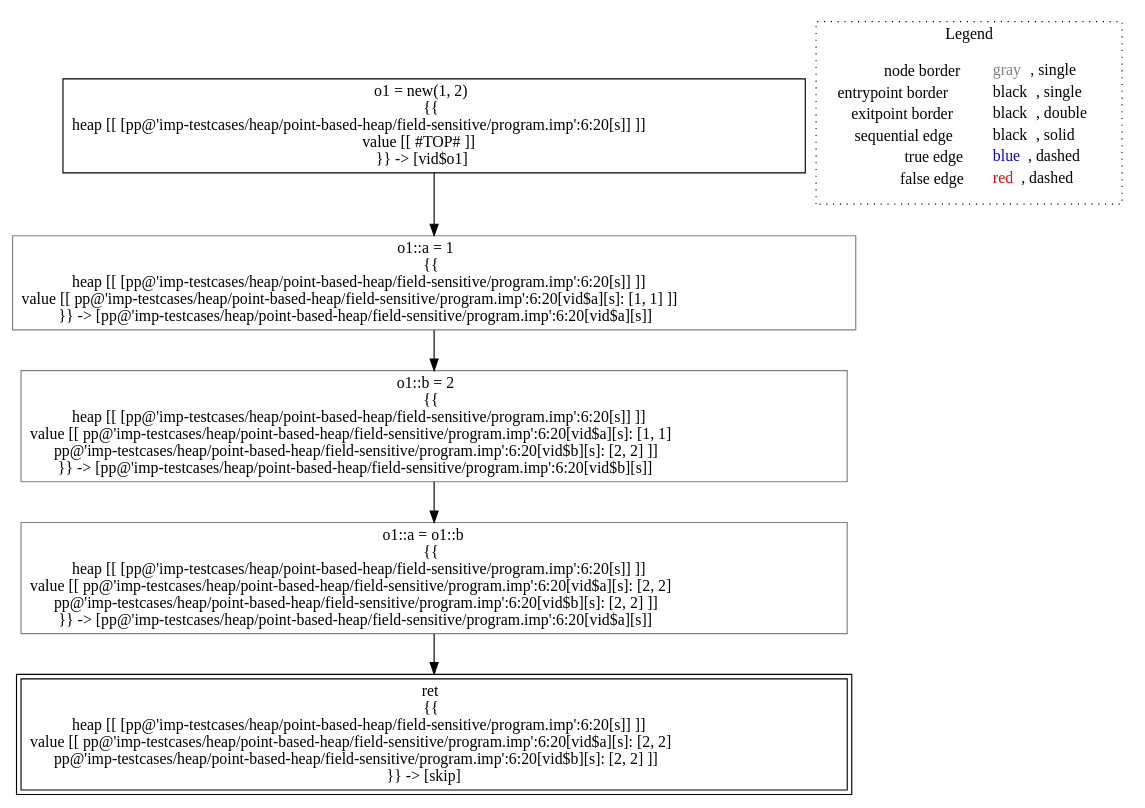
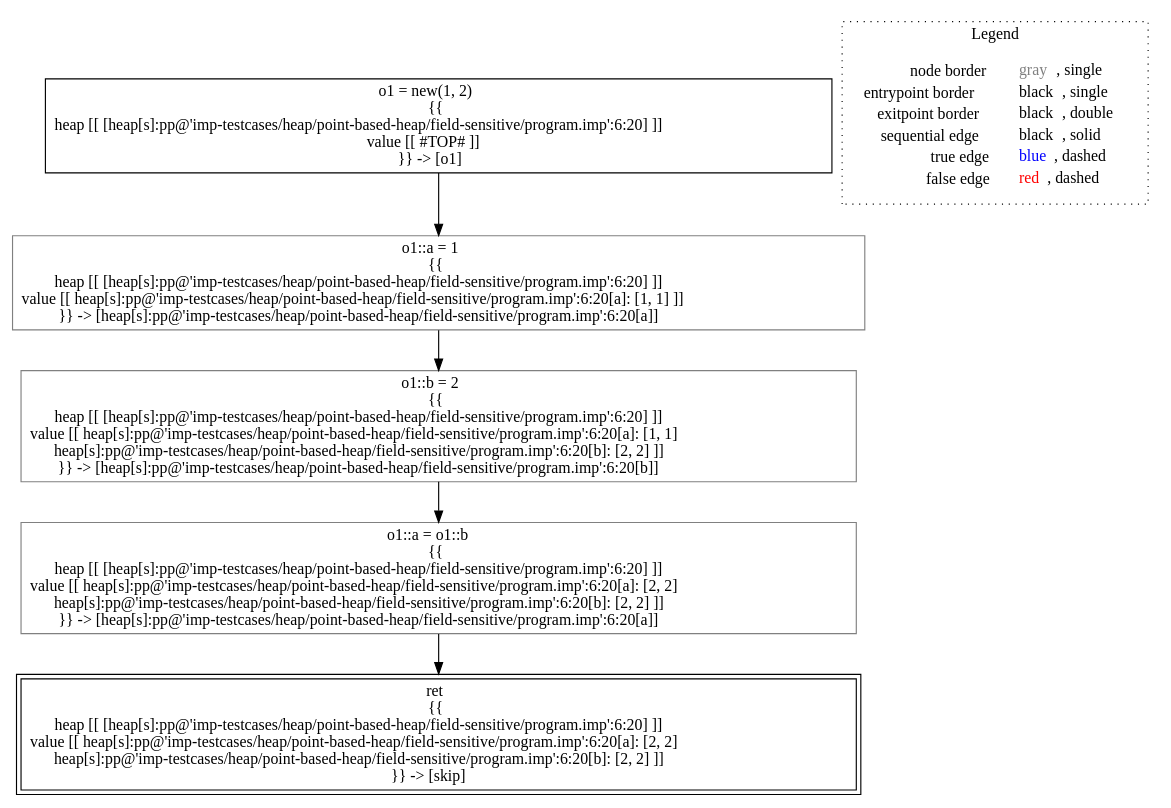
Before and after one commit to lisa-analyzer/lisa: the diagram in lisa/imp-testcases/heap/point-based-heap/field-sensitive/analysis___untyped_A.f1(A_this).dot, drawn with Graphviz. The commit also changed 65 other files, not shown here.

```diff
--- a/lisa/imp-testcases/heap/point-based-heap/field-sensitive/analysis___untyped_A.f1(A_this).dot
+++ b/lisa/imp-testcases/heap/point-based-heap/field-sensitive/analysis___untyped_A.f1(A_this).dot
@@ -1,18 +1,18 @@
 digraph {
-	"node0" [shape="rect",color="black",label=<o1 = new(1, 2)<BR/>{{<BR/>heap [[ [pp@'imp-testcases/heap/point-based-heap/field-sensitive/program.imp':6:20[s]] ]]<BR/>value [[ #TOP# ]]<BR/>}} -&gt; [vid$o1]>];
-	"node1" [shape="rect",color="gray",label=<o1::a = 1<BR/>{{<BR/>heap [[ [pp@'imp-testcases/heap/point-based-heap/field-sensitive/program.imp':6:20[s]] ]]<BR/>value [[ pp@'imp-testcases/heap/point-based-heap/field-sensitive/program.imp':6:20[vid$a][s]: [1, 1] ]]<BR/>}} -&gt; [pp@'imp-testcases/heap/point-based-heap/field-sensitive/program.imp':6:20[vid$a][s]]>];
-	"node2" [shape="rect",color="black",peripheries="2",label=<ret<BR/>{{<BR/>heap [[ [pp@'imp-testcases/heap/point-based-heap/field-sensitive/program.imp':6:20[s]] ]]<BR/>value [[ pp@'imp-testcases/heap/point-based-heap/field-sensitive/program.imp':6:20[vid$a][s]: [2, 2]<BR/>pp@'imp-testcases/heap/point-based-heap/field-sensitive/program.imp':6:20[vid$b][s]: [2, 2] ]]<BR/>}} -&gt; [skip]>];
-	"node3" [shape="rect",color="gray",label=<o1::a = o1::b<BR/>{{<BR/>heap [[ [pp@'imp-testcases/heap/point-based-heap/field-sensitive/program.imp':6:20[s]] ]]<BR/>value [[ pp@'imp-testcases/heap/point-based-heap/field-sensitive/program.imp':6:20[vid$a][s]: [2, 2]<BR/>pp@'imp-testcases/heap/point-based-heap/field-sensitive/program.imp':6:20[vid$b][s]: [2, 2] ]]<BR/>}} -&gt; [pp@'imp-testcases/heap/point-based-heap/field-sensitive/program.imp':6:20[vid$a][s]]>];
-	"node4" [shape="rect",color="gray",label=<o1::b = 2<BR/>{{<BR/>heap [[ [pp@'imp-testcases/heap/point-based-heap/field-sensitive/program.imp':6:20[s]] ]]<BR/>value [[ pp@'imp-testcases/heap/point-based-heap/field-sensitive/program.imp':6:20[vid$a][s]: [1, 1]<BR/>pp@'imp-testcases/heap/point-based-heap/field-sensitive/program.imp':6:20[vid$b][s]: [2, 2] ]]<BR/>}} -&gt; [pp@'imp-testcases/heap/point-based-heap/field-sensitive/program.imp':6:20[vid$b][s]]>];
-	"node1" -> "node4" [color="black"];
+	"node0" [shape="rect",color="black",label=<o1 = new(1, 2)<BR/>{{<BR/>heap [[ [heap[s]:pp@'imp-testcases/heap/point-based-heap/field-sensitive/program.imp':6:20] ]]<BR/>value [[ #TOP# ]]<BR/>}} -&gt; [o1]>];
+	"node1" [shape="rect",color="gray",label=<o1::b = 2<BR/>{{<BR/>heap [[ [heap[s]:pp@'imp-testcases/heap/point-based-heap/field-sensitive/program.imp':6:20] ]]<BR/>value [[ heap[s]:pp@'imp-testcases/heap/point-based-heap/field-sensitive/program.imp':6:20[a]: [1, 1]<BR/>heap[s]:pp@'imp-testcases/heap/point-based-heap/field-sensitive/program.imp':6:20[b]: [2, 2] ]]<BR/>}} -&gt; [heap[s]:pp@'imp-testcases/heap/point-based-heap/field-sensitive/program.imp':6:20[b]]>];
+	"node2" [shape="rect",color="black",peripheries="2",label=<ret<BR/>{{<BR/>heap [[ [heap[s]:pp@'imp-testcases/heap/point-based-heap/field-sensitive/program.imp':6:20] ]]<BR/>value [[ heap[s]:pp@'imp-testcases/heap/point-based-heap/field-sensitive/program.imp':6:20[a]: [2, 2]<BR/>heap[s]:pp@'imp-testcases/heap/point-based-heap/field-sensitive/program.imp':6:20[b]: [2, 2] ]]<BR/>}} -&gt; [skip]>];
+	"node3" [shape="rect",color="gray",label=<o1::a = o1::b<BR/>{{<BR/>heap [[ [heap[s]:pp@'imp-testcases/heap/point-based-heap/field-sensitive/program.imp':6:20] ]]<BR/>value [[ heap[s]:pp@'imp-testcases/heap/point-based-heap/field-sensitive/program.imp':6:20[a]: [2, 2]<BR/>heap[s]:pp@'imp-testcases/heap/point-based-heap/field-sensitive/program.imp':6:20[b]: [2, 2] ]]<BR/>}} -&gt; [heap[s]:pp@'imp-testcases/heap/point-based-heap/field-sensitive/program.imp':6:20[a]]>];
+	"node4" [shape="rect",color="gray",label=<o1::a = 1<BR/>{{<BR/>heap [[ [heap[s]:pp@'imp-testcases/heap/point-based-heap/field-sensitive/program.imp':6:20] ]]<BR/>value [[ heap[s]:pp@'imp-testcases/heap/point-based-heap/field-sensitive/program.imp':6:20[a]: [1, 1] ]]<BR/>}} -&gt; [heap[s]:pp@'imp-testcases/heap/point-based-heap/field-sensitive/program.imp':6:20[a]]>];
+	"node1" -> "node3" [color="black"];
+	"node0" -> "node4" [color="black"];
 	"node3" -> "node2" [color="black"];
-	"node0" -> "node1" [color="black"];
-	"node4" -> "node3" [color="black"];
+	"node4" -> "node1" [color="black"];
 subgraph cluster_legend {
 	label="Legend";
 	style=dotted;
 	node [shape=plaintext];
 	"legend" [label=<<table border="0" cellpadding="2" cellspacing="0" cellborder="0"><tr><td align="right">node border&nbsp;</td><td align="left"><font color="gray">gray</font>, single</td></tr><tr><td align="right">entrypoint border&nbsp;</td><td align="left"><font color="black">black</font>, single</td></tr><tr><td align="right">exitpoint border&nbsp;</td><td align="left"><font color="black">black</font>, double</td></tr><tr><td align="right">sequential edge&nbsp;</td><td align="left"><font color="black">black</font>, solid</td></tr><tr><td align="right">true edge&nbsp;</td><td align="left"><font color="blue">blue</font>, dashed</td></tr><tr><td align="right">false edge&nbsp;</td><td align="left"><font color="red">red</font>, dashed</td></tr></table>>];
 }
 
 }
```
